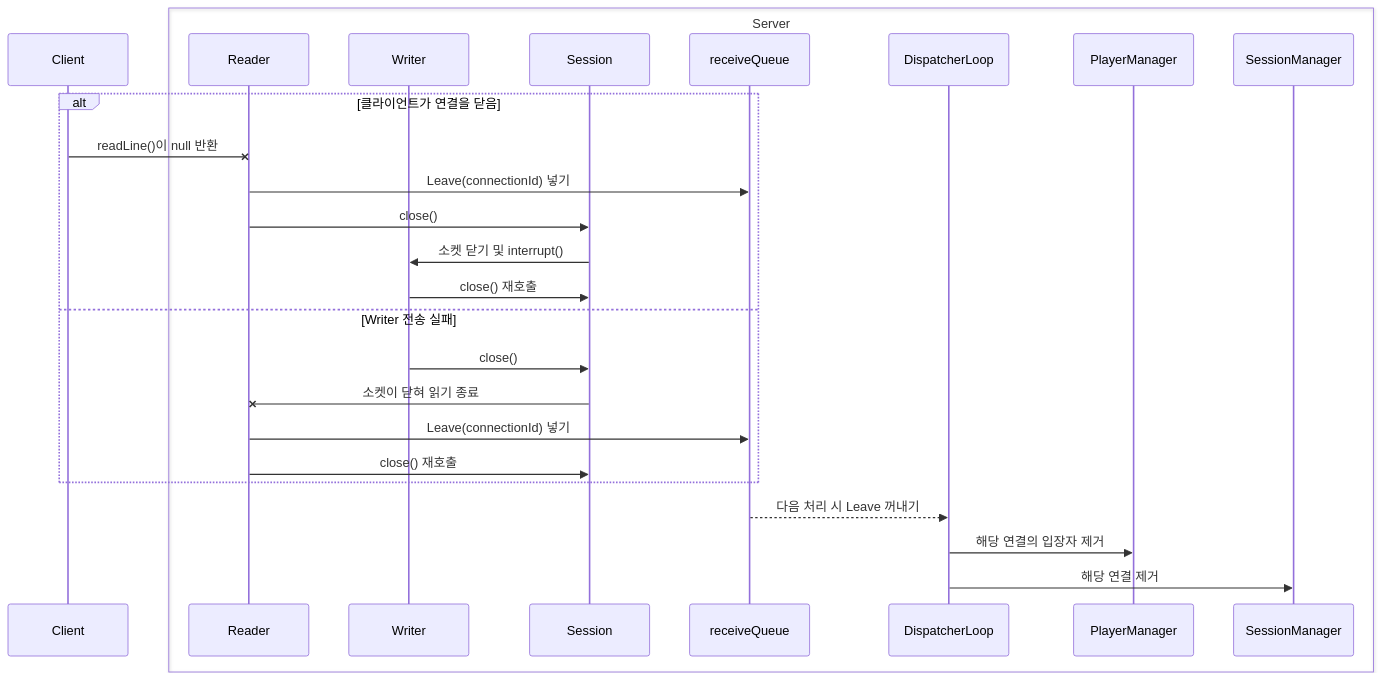
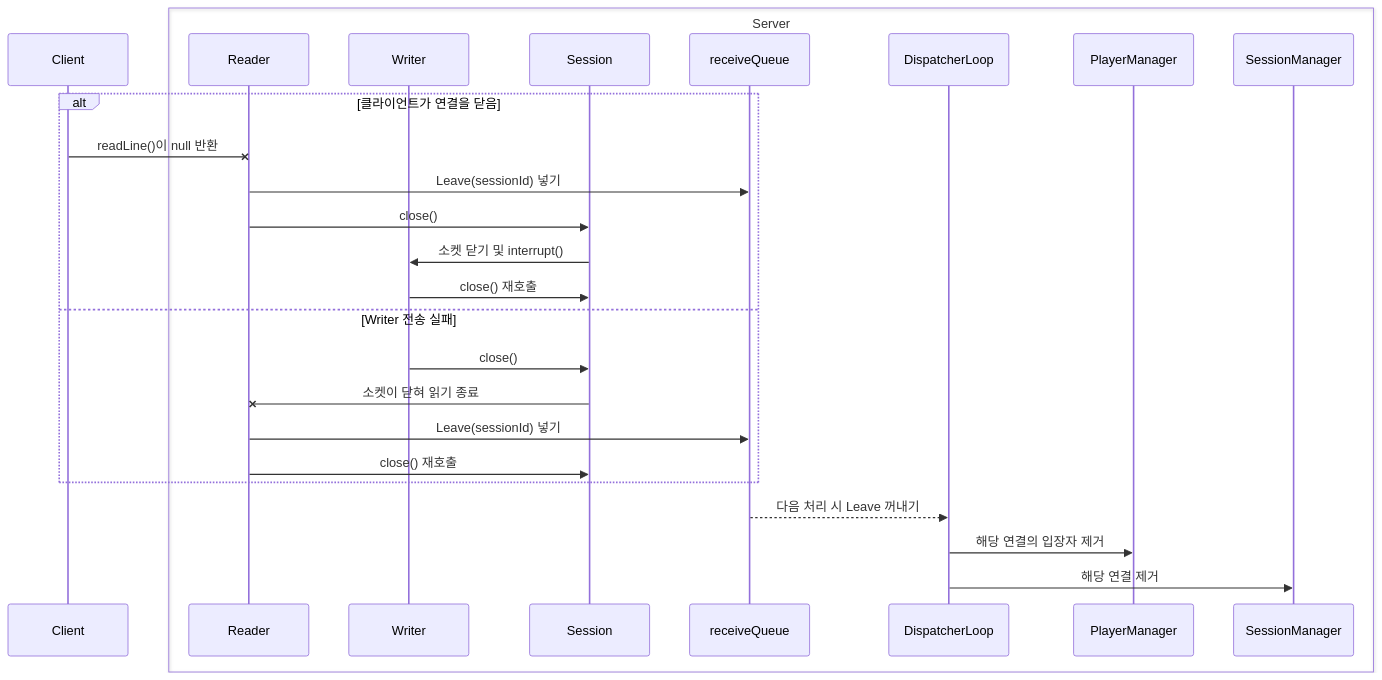
Before and after one commit to networkMinigame/minigame: the first of 2 diagrams in docs/thread-diagram/v1/session.md, drawn with Mermaid. The commit also changed other lines of this file and 12 other files, not shown here.

````diff
--- a/docs/thread-diagram/v1/session.md
+++ b/docs/thread-diagram/v1/session.md
@@ -16,30 +16,30 @@
 ```mermaid
 sequenceDiagram
     participant C as Client
     box Server
         participant R as Reader
         participant W as Writer
         participant S as Session
         participant Q as receiveQueue
         participant L as DispatcherLoop
         participant M as PlayerManager
         participant SM as SessionManager
     end
 
     alt 클라이언트가 연결을 닫음
         C-xR: readLine()이 null 반환
-        R->>Q: Leave(connectionId) 넣기
+        R->>Q: Leave(sessionId) 넣기
         R->>S: close()
         S->>W: 소켓 닫기 및 interrupt()
         W->>S: close() 재호출
     else Writer 전송 실패
         W->>S: close()
         S-xR: 소켓이 닫혀 읽기 종료
-        R->>Q: Leave(connectionId) 넣기
+        R->>Q: Leave(sessionId) 넣기
         R->>S: close() 재호출
     end
 
     Q-->>L: 다음 처리 시 Leave 꺼내기
     L->>M: 해당 연결의 입장자 제거
     L->>SM: 해당 연결 제거
 ```
````
